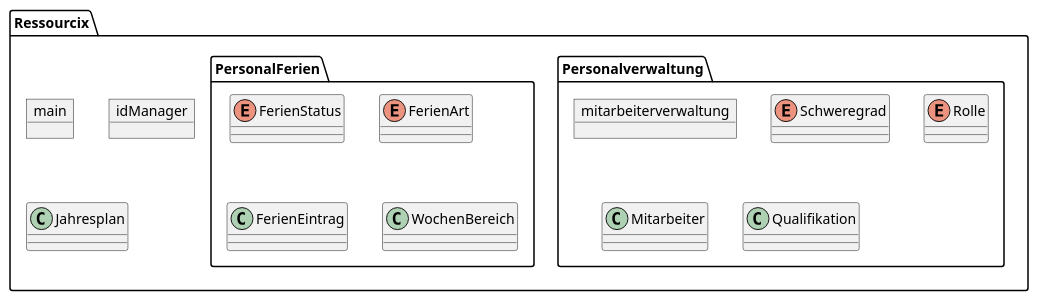
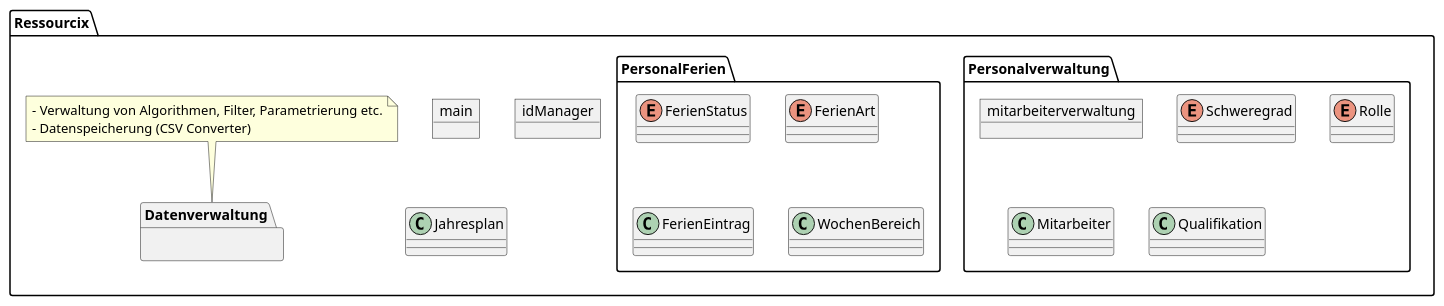
Before and after one commit to TheMorrisino/Semesterarbeiten_NDS_ABBTS: the diagram in 1_Semesterarbeit/Ressourcix/doc/PackageDiagramm.puml, drawn with PlantUML. The commit also changed 3 other files, not shown here.

Commit message:
Klassen Diagramm angepasst 2

```diff
--- a/1_Semesterarbeit/Ressourcix/doc/PackageDiagramm.puml
+++ b/1_Semesterarbeit/Ressourcix/doc/PackageDiagramm.puml
@@ -1,29 +1,39 @@
 @startuml
 package "Ressourcix" {
     object main
     object idManager
     class Jahresplan
 
 
     package "Personalverwaltung"{
         object mitarbeiterverwaltung
         enum Schweregrad
         enum Rolle
         class Mitarbeiter
         class Qualifikation
 
 
 
     }
 
     package "PersonalFerien"{
         enum FerienStatus
         enum FerienArt
         class FerienEintrag
         class WochenBereich
 
     }
 
+    package "Datenverwaltung" {
+
+    }
+
+note top of Datenverwaltung
+  - Verwaltung von Algorithmen, Filter, Parametrierung etc.
+  - Datenspeicherung (CSV Converter)
+end note
 }
 
+
+
 @enduml
```
